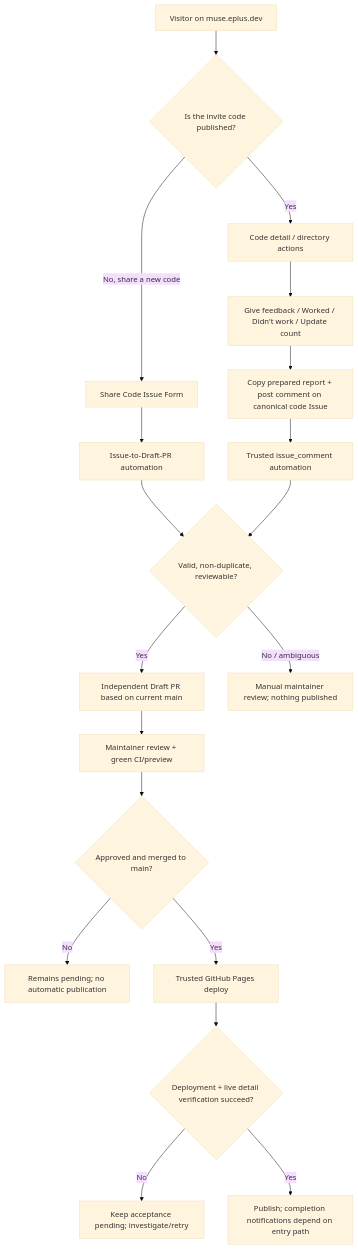
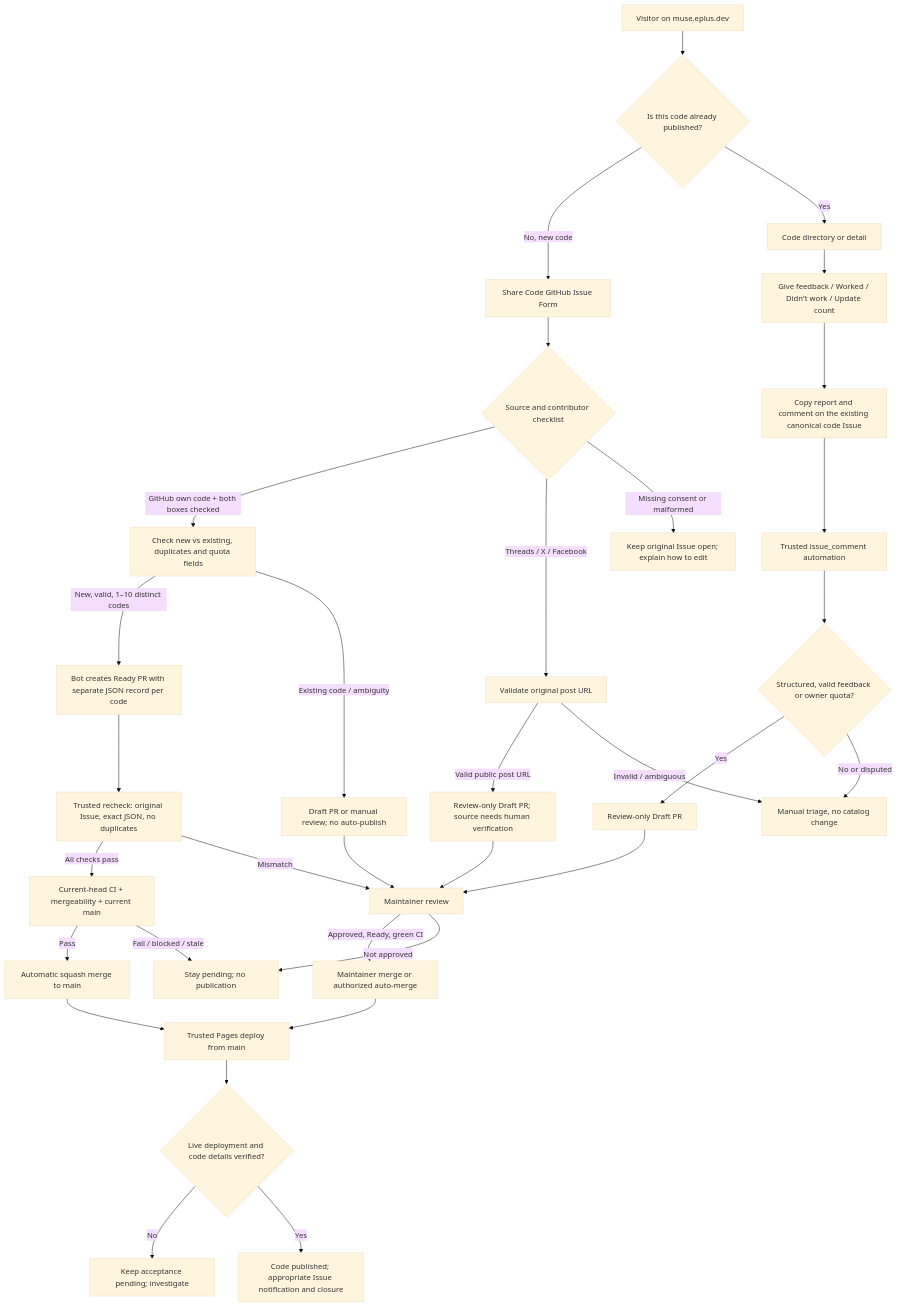
One commit to ePlus-DEV/muse-invite-hub changed the first of 2 diagrams in docs/CONTRIBUTION_FLOW.md. Above: the diagram before and after it, drawn with Mermaid (base theme). The commit also changed other lines of this file, not shown here.

Commit message:
docs(flow): map live new-code auto-publish and manual feedback routes

````diff
--- a/docs/CONTRIBUTION_FLOW.md
+++ b/docs/CONTRIBUTION_FLOW.md
@@ -7,21 +9,35 @@
 ```mermaid
 flowchart TD
-    A["Visitor on muse.eplus.dev"] --> B{"Is the invite code published?"}
-    B -->|"No, share a new code"| C["Share Code Issue Form"]
-    B -->|"Yes"| D["Code detail / directory actions"]
+    A["Visitor on muse.eplus.dev"] --> B{"Is this code already published?"}
+    B -->|"No, new code"| C["Share Code GitHub Issue Form"]
+    B -->|"Yes"| D["Code directory or detail"]
     D --> E["Give feedback / Worked / Didn't work / Update count"]
-    E --> F["Copy prepared report + post comment on canonical code Issue"]
-    C --> G["Issue-to-Draft-PR automation"]
-    F --> H["Trusted issue_comment automation"]
-    G --> I{"Valid, non-duplicate, reviewable?"}
-    H --> I
-    I -->|"Yes"| J["Independent Draft PR based on current main"]
-    I -->|"No / ambiguous"| K["Manual maintainer review; nothing published"]
-    J --> L["Maintainer review + green CI/preview"]
-    L --> M{"Approved and merged to main?"}
-    M -->|"No"| N["Remains pending; no automatic publication"]
-    M -->|"Yes"| O["Trusted GitHub Pages deploy"]
-    O --> P{"Deployment + live detail verification succeed?"}
-    P -->|"No"| Q["Keep acceptance pending; investigate/retry"]
-    P -->|"Yes"| R["Publish; completion notifications depend on entry path"]
+    E --> F["Copy report and comment on the existing canonical code Issue"]
+    F --> G["Trusted issue_comment automation"]
+    G --> H{"Structured, valid feedback or owner quota?"}
+    H -->|"Yes"| I["Review-only Draft PR"]
+    H -->|"No or disputed"| J["Manual triage, no catalog change"]
+    C --> K{"Source and contributor checklist"}
+    K -->|"GitHub own code + both boxes checked"| L["Check new vs existing, duplicates and quota fields"]
+    K -->|"Threads / X / Facebook"| M["Validate original post URL"]
+    K -->|"Missing consent or malformed"| N["Keep original Issue open; explain how to edit"]
+    L -->|"New, valid, 1–10 distinct codes"| O["Bot creates Ready PR with separate JSON record per code"]
+    L -->|"Existing code / ambiguity"| P["Draft PR or manual review; no auto-publish"]
+    M -->|"Valid public post URL"| Q["Review-only Draft PR; source needs human verification"]
+    M -->|"Invalid / ambiguous"| J
+    I --> R["Maintainer review"]
+    P --> R
+    Q --> R
+    O --> S["Trusted recheck: original Issue, exact JSON, no duplicates"]
+    S -->|"All checks pass"| T["Current-head CI + mergeability + current main"]
+    S -->|"Mismatch"| R
+    T -->|"Pass"| U["Automatic squash merge to main"]
+    T -->|"Fail / blocked / stale"| V["Stay pending; no publication"]
+    R -->|"Approved, Ready, green CI"| W["Maintainer merge or authorized auto-merge"]
+    R -->|"Not approved"| V
+    U --> X["Trusted Pages deploy from main"]
+    W --> X
+    X --> Y{"Live deployment and code details verified?"}
+    Y -->|"No"| Z["Keep acceptance pending; investigate"]
+    Y -->|"Yes"| AA["Code published; appropriate Issue notification and closure"]
 ```
````
